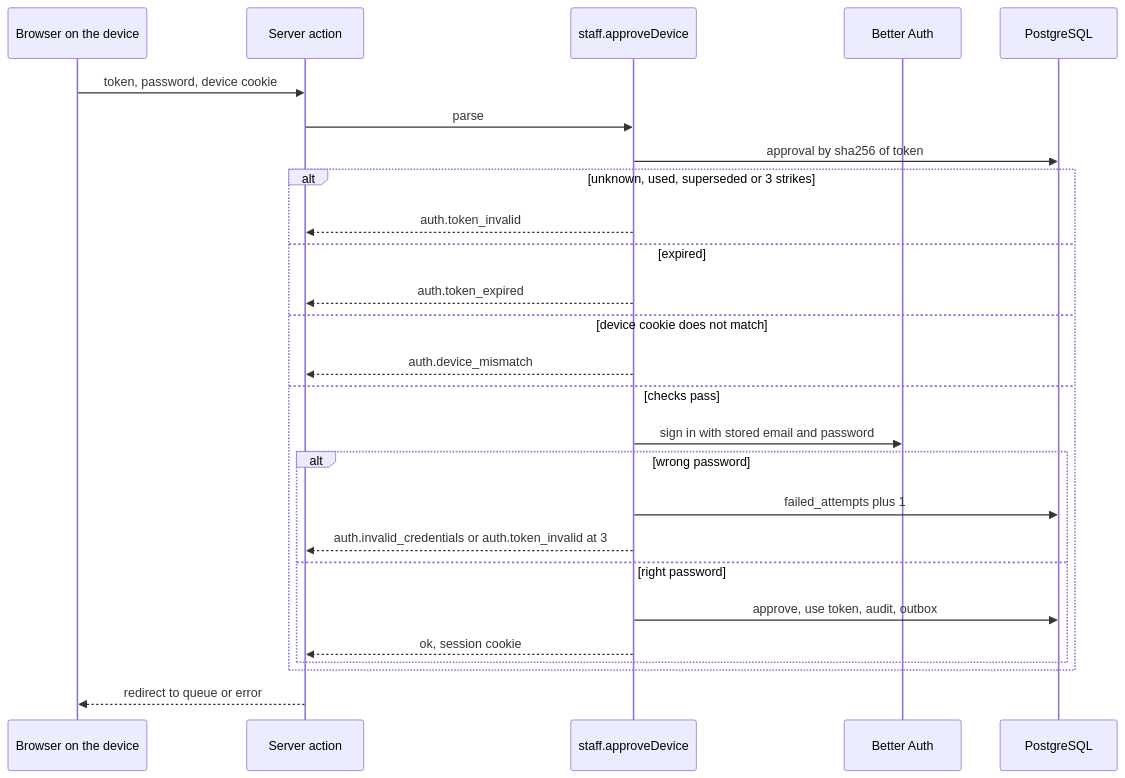
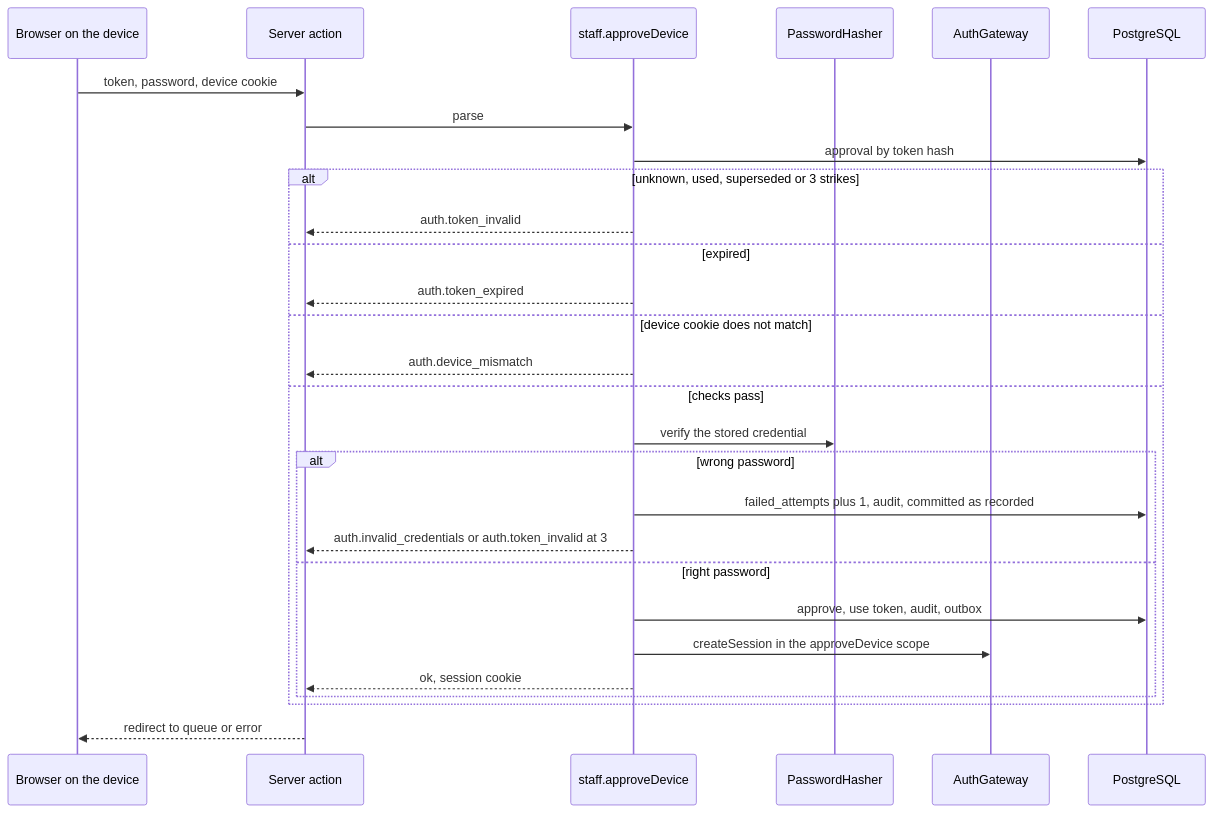
The second of 5 diagrams in docs/aidlc-migration/design-drafts/t-103-staff-access-and-devices/functional-spec.md (Md-Alamin-BS/RogiKotha), drawn with Mermaid before and after one commit. The commit also changed other lines of this file and 133 other files, not shown here.

````diff
--- a/docs/aidlc-migration/design-drafts/t-103-staff-access-and-devices/functional-spec.md
+++ b/docs/aidlc-migration/design-drafts/t-103-staff-access-and-devices/functional-spec.md
@@ -110,28 +187,30 @@
 ```mermaid
 sequenceDiagram
     participant B as Browser on the device
     participant A as Server action
     participant C as staff.approveDevice
-    participant BA as Better Auth
+    participant H as PasswordHasher
+    participant G as AuthGateway
     participant DB as PostgreSQL
     B->>A: token, password, device cookie
     A->>C: parse
-    C->>DB: approval by sha256 of token
+    C->>DB: approval by token hash
     alt unknown, used, superseded or 3 strikes
         C-->>A: auth.token_invalid
     else expired
         C-->>A: auth.token_expired
     else device cookie does not match
         C-->>A: auth.device_mismatch
     else checks pass
-        C->>BA: sign in with stored email and password
+        C->>H: verify the stored credential
         alt wrong password
-            C->>DB: failed_attempts plus 1
+            C->>DB: failed_attempts plus 1, audit, committed as recorded
             C-->>A: auth.invalid_credentials or auth.token_invalid at 3
         else right password
             C->>DB: approve, use token, audit, outbox
+            C->>G: createSession in the approveDevice scope
             C-->>A: ok, session cookie
         end
     end
     A-->>B: redirect to queue or error
 ```
````
